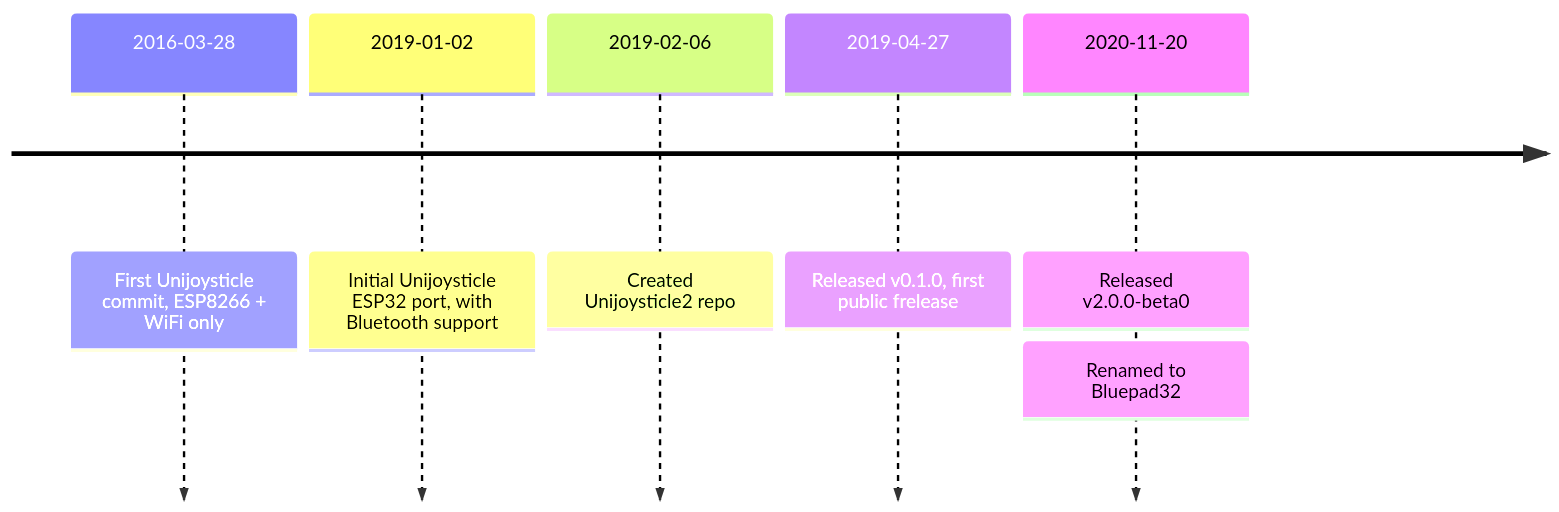
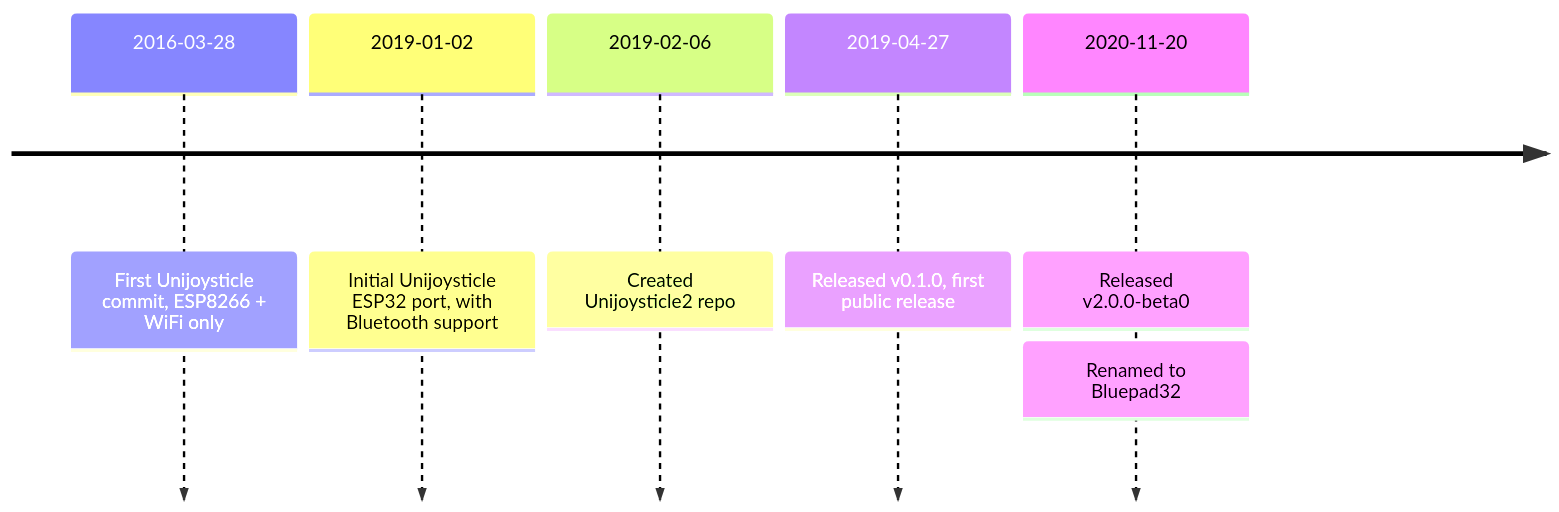
The diagram in docs/FAQ.md (ricardoquesada/bluepad32), drawn with Mermaid before and after one commit. The commit also changed other lines of this file and 5 other files, not shown here.

````diff
--- a/docs/FAQ.md
+++ b/docs/FAQ.md
@@ -46,8 +139,8 @@
 ```mermaid
 timeline
         2016-03-28: First Unijoysticle commit, ESP8266 + WiFi only
         2019-01-02: Initial Unijoysticle ESP32 port, with Bluetooth support
         2019-02-06: Created Unijoysticle2 repo
-        2019-04-27: Released v0.1.0, first public frelease
+        2019-04-27: Released v0.1.0, first public release
         2020-11-20: Released v2.0.0-beta0: Renamed to Bluepad32
 ```
````
